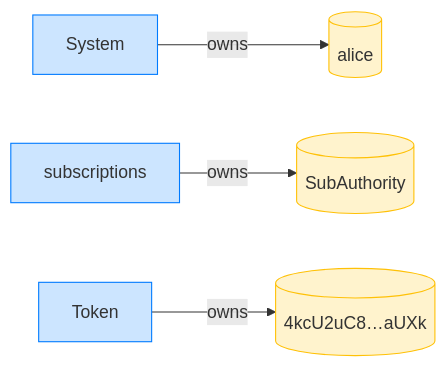
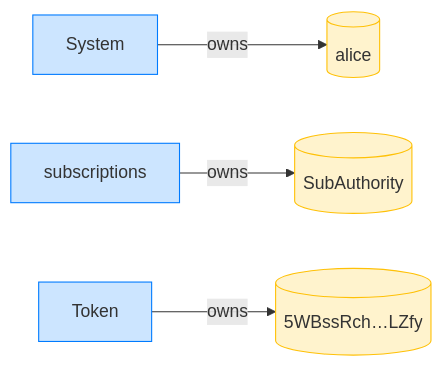
One commit to cds-rs/subscriptions changed the fourth of 4 diagrams in dsl_tests/sentinel-start-rejects-an-already-elapsed-expiry.md. Above: the diagram before and after it, drawn with Mermaid. The commit also changed other lines of this file and 224 other files, not shown here.

````diff
--- a/dsl_tests/sentinel-start-rejects-an-already-elapsed-expiry.md
+++ b/dsl_tests/sentinel-start-rejects-an-already-elapsed-expiry.md
@@ -73,14 +78,14 @@
 ```mermaid
 flowchart LR
     classDef owner fill:#cce5ff,stroke:#007bff;
     classDef account fill:#fff3cd,stroke:#ffc107;
     System[System]:::owner
     alice[(alice)]:::account
     subscriptions[subscriptions]:::owner
     SubAuthority[(SubAuthority)]:::account
     Token[Token]:::owner
-    4kcU2uC8_aUXk[("4kcU2uC8…aUXk")]:::account
+    5WBssRch_LZfy[("5WBssRch…LZfy")]:::account
     System -->|owns| alice
     subscriptions -->|owns| SubAuthority
-    Token -->|owns| 4kcU2uC8_aUXk
+    Token -->|owns| 5WBssRch_LZfy
 ```
````
